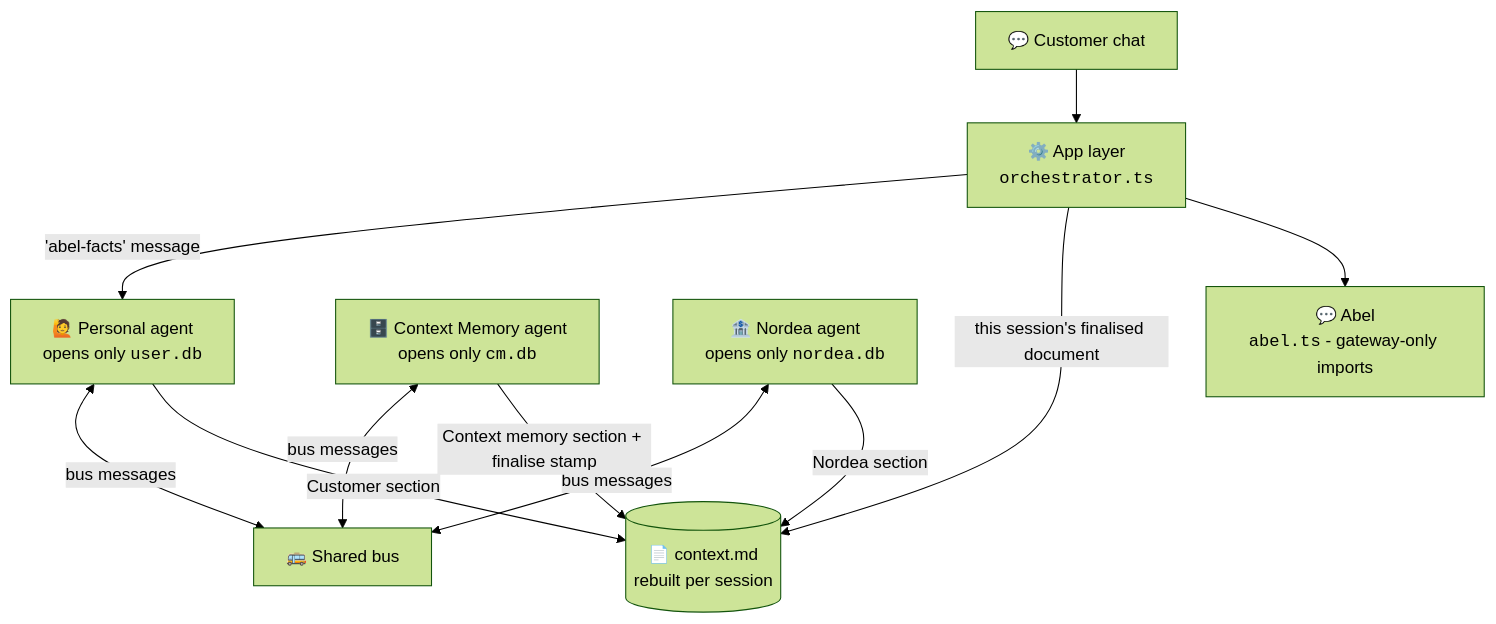
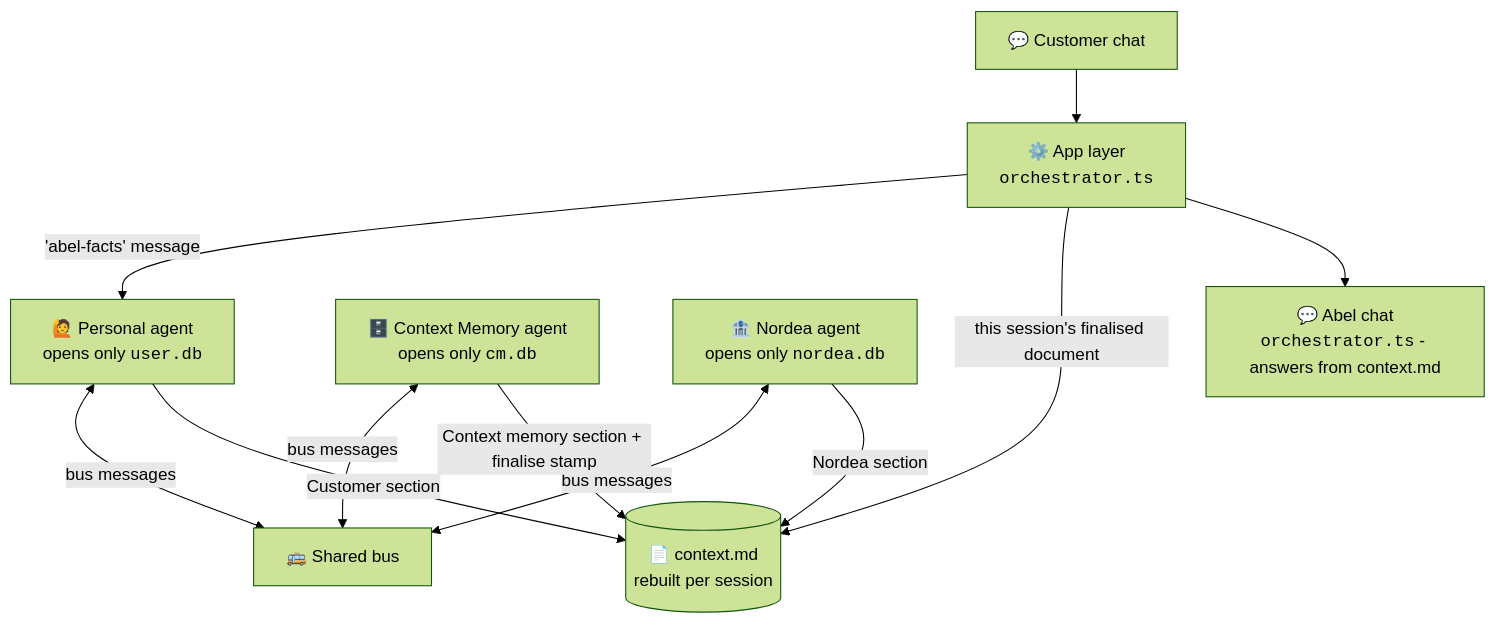
Before and after one commit to MFahadSa/Nordea-x-Aalto-Banking-: the diagram in README.md, drawn with Mermaid (forest theme). The commit also changed other lines of this file and 5 other files, not shown here.

````diff
--- a/README.md
+++ b/README.md
@@ -46,13 +46,13 @@
 ```mermaid
 flowchart TD
     CHAT["💬 Customer chat"] --> APP["⚙️ App layer<br/><code>orchestrator.ts</code>"]
     APP -->|"'abel-facts' message"| PA["🙋 Personal agent<br/>opens only <code>user.db</code>"]
     APP -->|"this session's finalised document"| CTX[("📄 context.md<br/>rebuilt per session")]
     PA <-->|"bus messages"| BUS["🚌 Shared bus"]
     CM["🗄️ Context Memory agent<br/>opens only <code>cm.db</code>"] <-->|"bus messages"| BUS
     NOR["🏦 Nordea agent<br/>opens only <code>nordea.db</code>"] <-->|"bus messages"| BUS
     PA -->|"Customer section"| CTX
     CM -->|"Context memory section + finalise stamp"| CTX
     NOR -->|"Nordea section"| CTX
-    APP --> ABEL["💬 Abel<br/><code>abel.ts</code> - gateway-only imports"]
+    APP --> ABEL["💬 Abel chat<br/><code>orchestrator.ts</code> - answers from context.md"]
 ```
````
